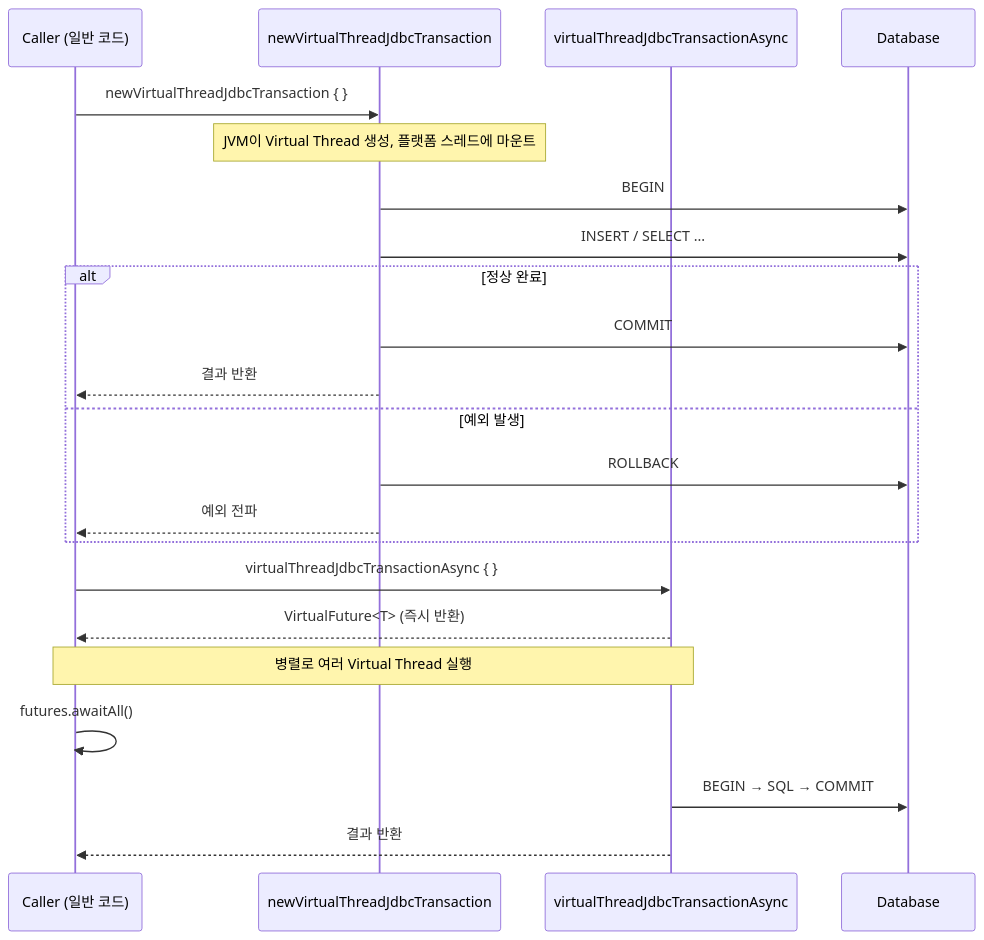
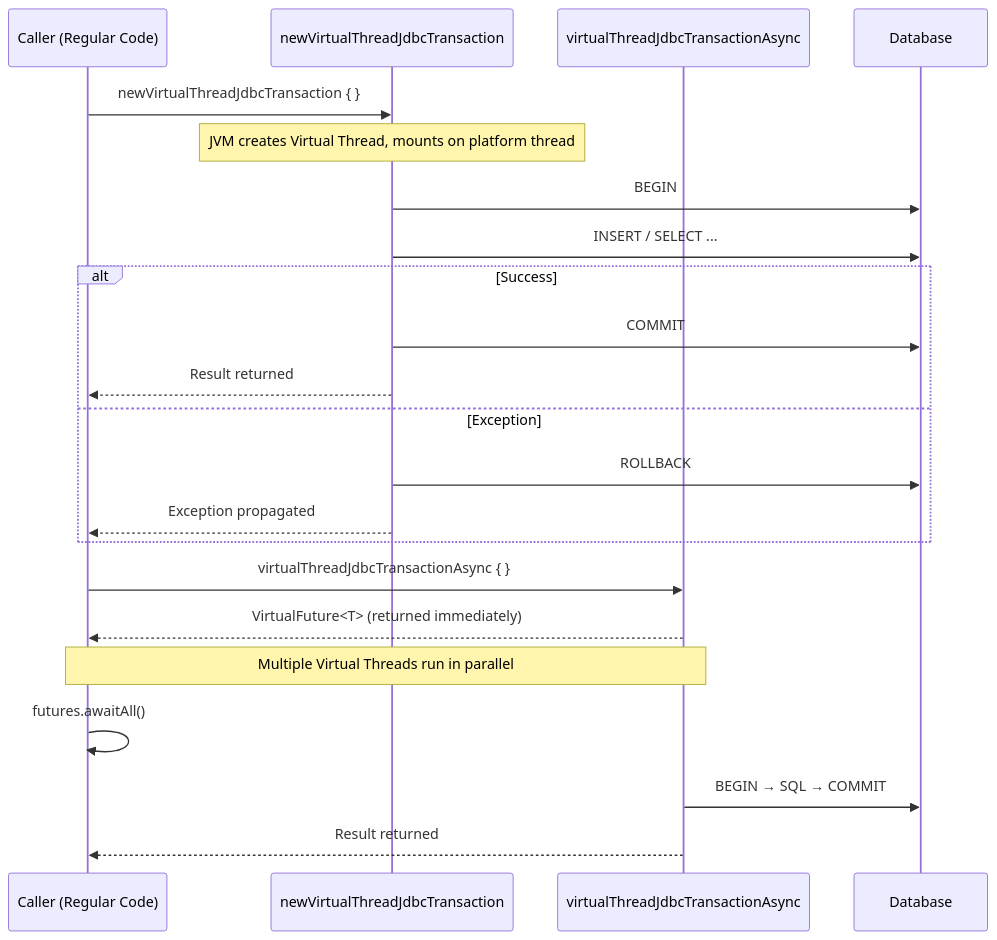
Before and after one commit to bluetape4k/exposed-workshop: the first of 4 diagrams in 08-coroutines/02-virtualthreads-basic/README.md, drawn with Mermaid. The commit also changed other lines of this file and 115 other files, not shown here.

````diff
--- a/08-coroutines/02-virtualthreads-basic/README.md
+++ b/08-coroutines/02-virtualthreads-basic/README.md
@@ -50,26 +52,26 @@
 ```mermaid
 sequenceDiagram
-    participant C as Caller (일반 코드)
+    participant C as Caller (Regular Code)
     participant VT as newVirtualThreadJdbcTransaction
     participant VTA as virtualThreadJdbcTransactionAsync
     participant DB as Database
 
     C->>VT: newVirtualThreadJdbcTransaction { }
-    Note over VT: JVM이 Virtual Thread 생성, 플랫폼 스레드에 마운트
+    Note over VT: JVM creates Virtual Thread, mounts on platform thread
     VT->>DB: BEGIN
     VT->>DB: INSERT / SELECT ...
-    alt 정상 완료
+    alt Success
         VT->>DB: COMMIT
-        VT-->>C: 결과 반환
-    else 예외 발생
+        VT-->>C: Result returned
+    else Exception
         VT->>DB: ROLLBACK
-        VT-->>C: 예외 전파
+        VT-->>C: Exception propagated
     end
 
     C->>VTA: virtualThreadJdbcTransactionAsync { }
-    VTA-->>C: VirtualFuture<T> (즉시 반환)
-    Note over C,VTA: 병렬로 여러 Virtual Thread 실행
+    VTA-->>C: VirtualFuture<T> (returned immediately)
+    Note over C,VTA: Multiple Virtual Threads run in parallel
     C->>C: futures.awaitAll()
     VTA->>DB: BEGIN → SQL → COMMIT
-    VTA-->>C: 결과 반환
+    VTA-->>C: Result returned
 ```
````
